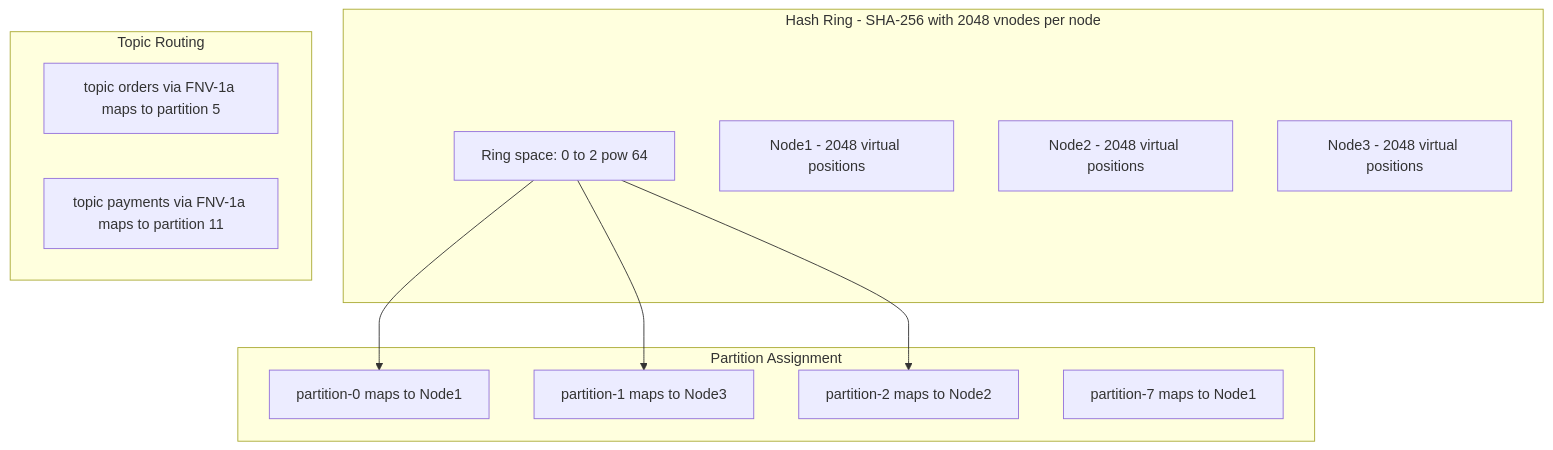
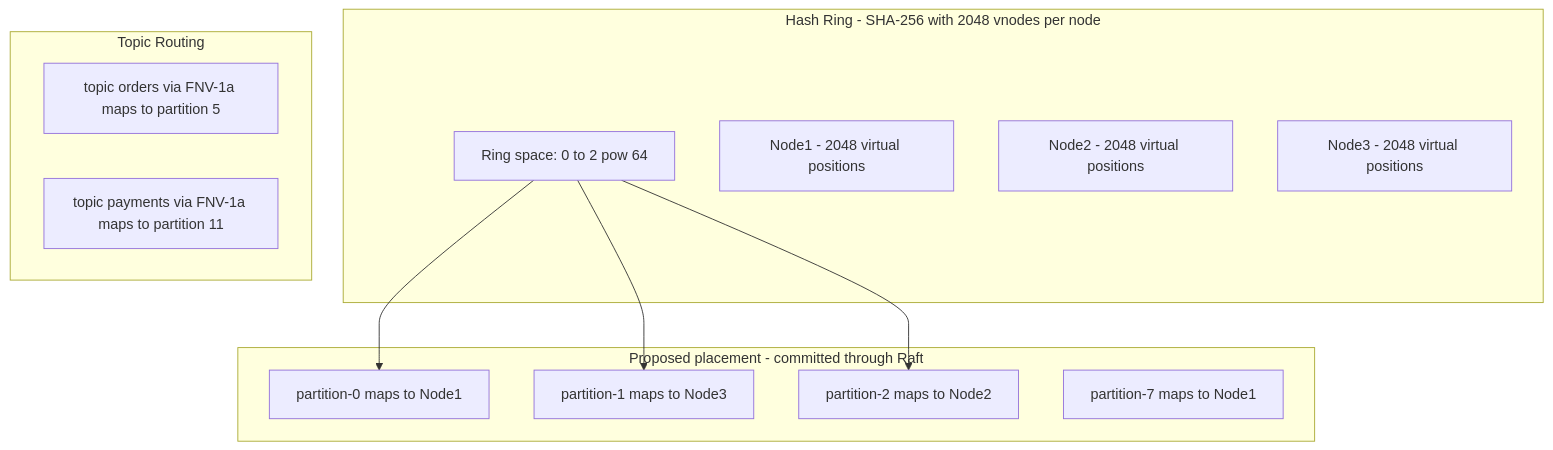
One commit to jatin711-debug/cronos_db_golang changed diagram 31 of 47 in ARCHITECTURE.md. Above: the diagram before and after it, drawn with Mermaid. The commit also changed other lines of this file and 31 other files, not shown here.

````diff
--- a/ARCHITECTURE.md
+++ b/ARCHITECTURE.md
@@ -988,25 +1057,25 @@
 ```mermaid
 graph TB
     subgraph Hash Ring - SHA-256 with 2048 vnodes per node
         RING[Ring space: 0 to 2 pow 64]
         VN1[Node1 - 2048 virtual positions]
         VN2[Node2 - 2048 virtual positions]
         VN3[Node3 - 2048 virtual positions]
     end
 
-    subgraph Partition Assignment
+    subgraph Proposed placement - committed through Raft
         PA[partition-0 maps to Node1]
         PB[partition-1 maps to Node3]
         PC[partition-2 maps to Node2]
         PD[partition-7 maps to Node1]
     end
 
     subgraph Topic Routing
         TR[topic orders via FNV-1a maps to partition 5]
         TR2[topic payments via FNV-1a maps to partition 11]
     end
 
     RING --> PA
     RING --> PB
     RING --> PC
 ```
````
